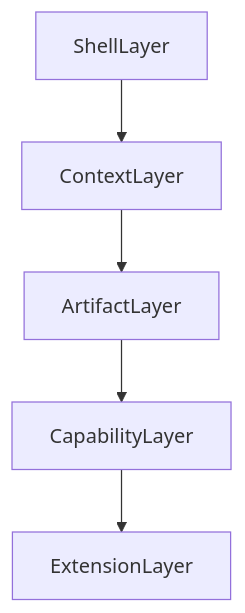
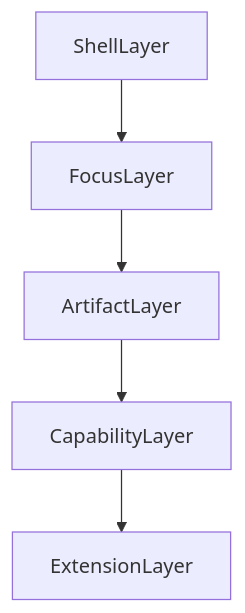
Before and after one commit to krisleighmiller/DeskAssist: the diagram in docs/architecture/target-v1-architecture.md, drawn with Mermaid. The commit also changed other lines of this file and 10 other files, not shown here.

````diff
--- a/docs/architecture/target-v1-architecture.md
+++ b/docs/architecture/target-v1-architecture.md
@@ -25,13 +25,13 @@
 ```mermaid
 flowchart TD
   Shell[ShellLayer]
-  Contexts[ContextLayer]
+  Focuses[FocusLayer]
   Artifacts[ArtifactLayer]
   Capabilities[CapabilityLayer]
   Extensions[ExtensionLayer]
 
-  Shell --> Contexts
-  Contexts --> Artifacts
+  Shell --> Focuses
+  Focuses --> Artifacts
   Artifacts --> Capabilities
   Capabilities --> Extensions
 ```
````
